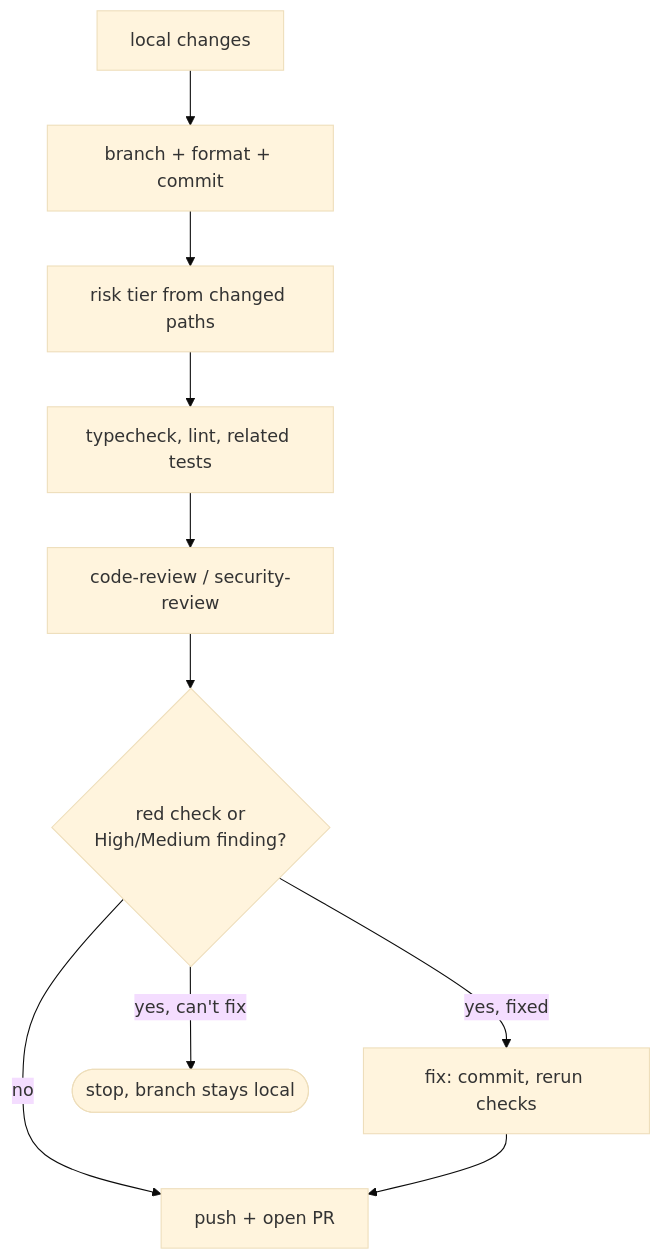
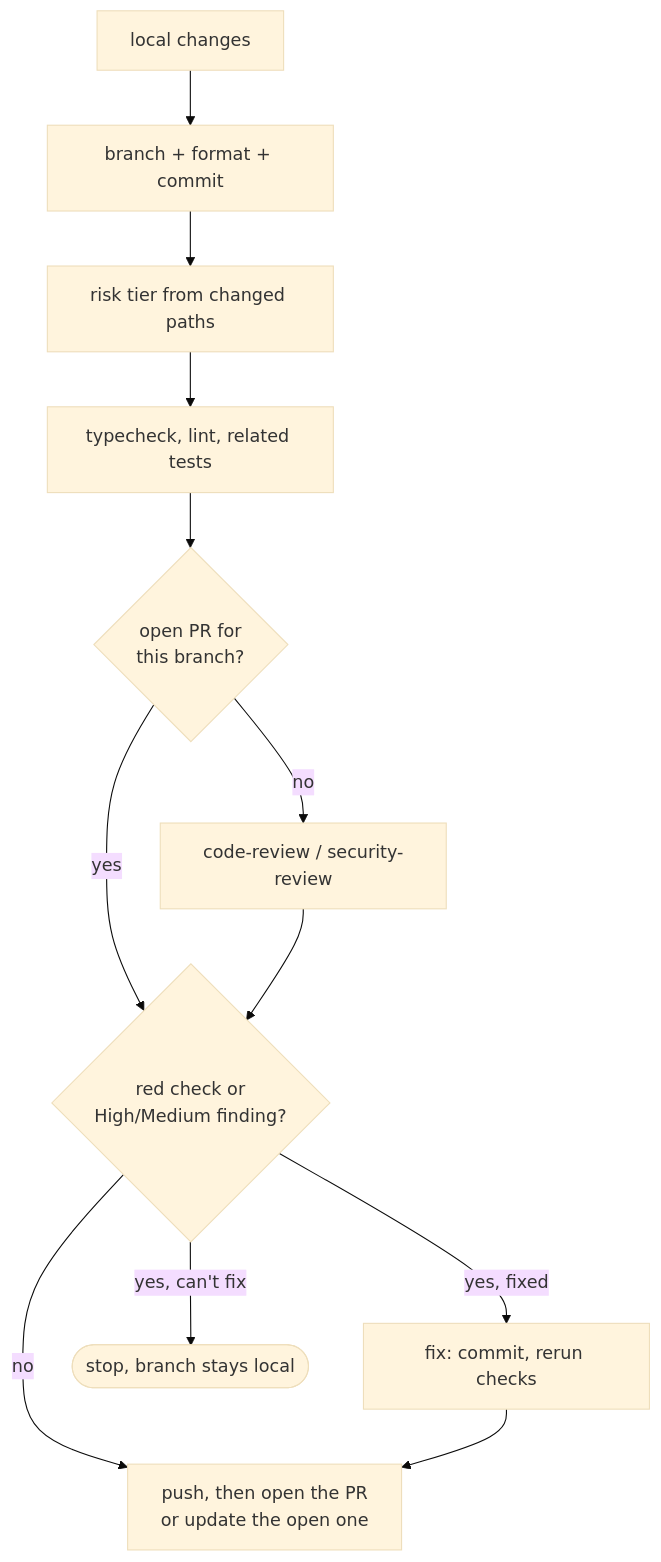
The second of 3 diagrams in README.md (zahidakhyar/skills), drawn with Mermaid (base theme) before and after one commit. The commit also changed other lines of this file and 3 other files, not shown here.

First line of the commit message:
fix: apply ship flags to an open PR on a clean branch (#36)

````diff
--- a/README.md
+++ b/README.md
@@ -112,12 +112,14 @@
 ```mermaid
 flowchart TD
     changes[local changes] --> branch[branch + format + commit]
     branch --> tier[risk tier from changed paths]
     tier --> checks[typecheck, lint, related tests]
-    checks --> review[code-review / security-review]
+    checks --> haspr{open PR for<br/>this branch?}
+    haspr -- no --> review[code-review / security-review]
+    haspr -- yes --> fixable
     review --> fixable{red check or<br/>High/Medium finding?}
-    fixable -- no --> push[push + open PR]
+    fixable -- no --> push[push, then open the PR<br/>or update the open one]
     fixable -- "yes, fixed" --> fixcommit[fix: commit, rerun checks]
     fixcommit --> push
     fixable -- "yes, can't fix" --> stop([stop, branch stays local])
 ```
````
